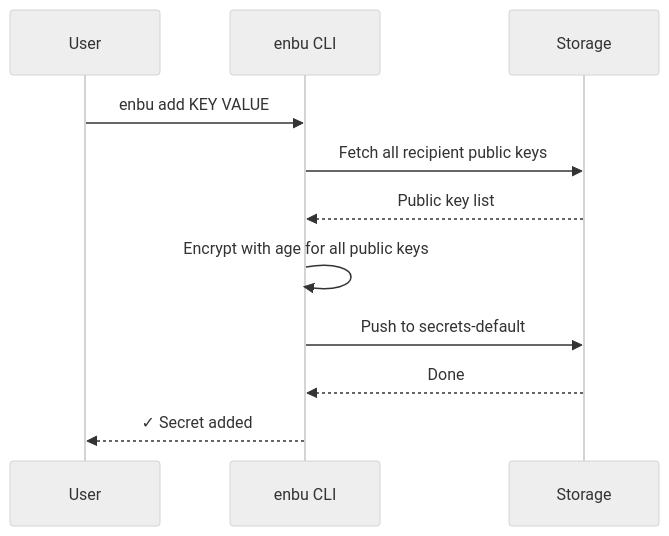
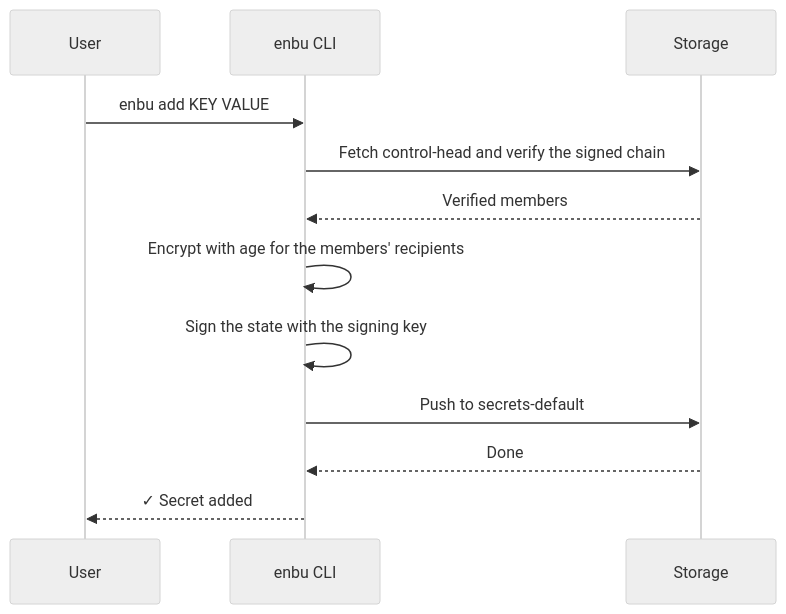
Before and after one commit to enbu-net/enbu: the second of 3 diagrams in README.md, drawn with Mermaid (neutral theme). The commit also changed other lines of this file and 1 other file, not shown here.

Commit message:
docs(readme): describe signed control and device approval flow (#398)

````diff
--- a/README.md
+++ b/README.md
@@ -266,14 +299,15 @@
 ```mermaid
 sequenceDiagram
     participant User
     participant CLI as enbu CLI
     participant GHCR as Storage
 
     User->>CLI: enbu add KEY VALUE
-    CLI->>GHCR: Fetch all recipient public keys
-    GHCR-->>CLI: Public key list
-    CLI->>CLI: Encrypt with age for all public keys
+    CLI->>GHCR: Fetch control-head and verify the signed chain
+    GHCR-->>CLI: Verified members
+    CLI->>CLI: Encrypt with age for the members' recipients
+    CLI->>CLI: Sign the state with the signing key
     CLI->>GHCR: Push to secrets-default
     GHCR-->>CLI: Done
     CLI-->>User: ✓ Secret added
 ```
````
